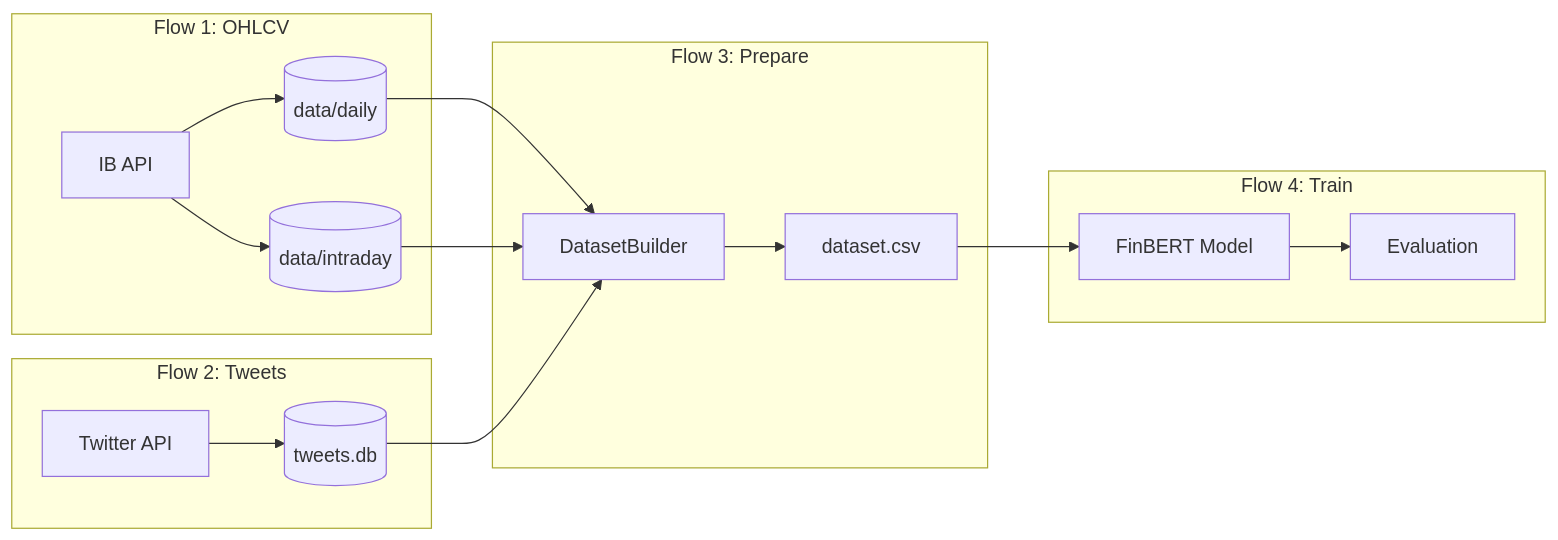
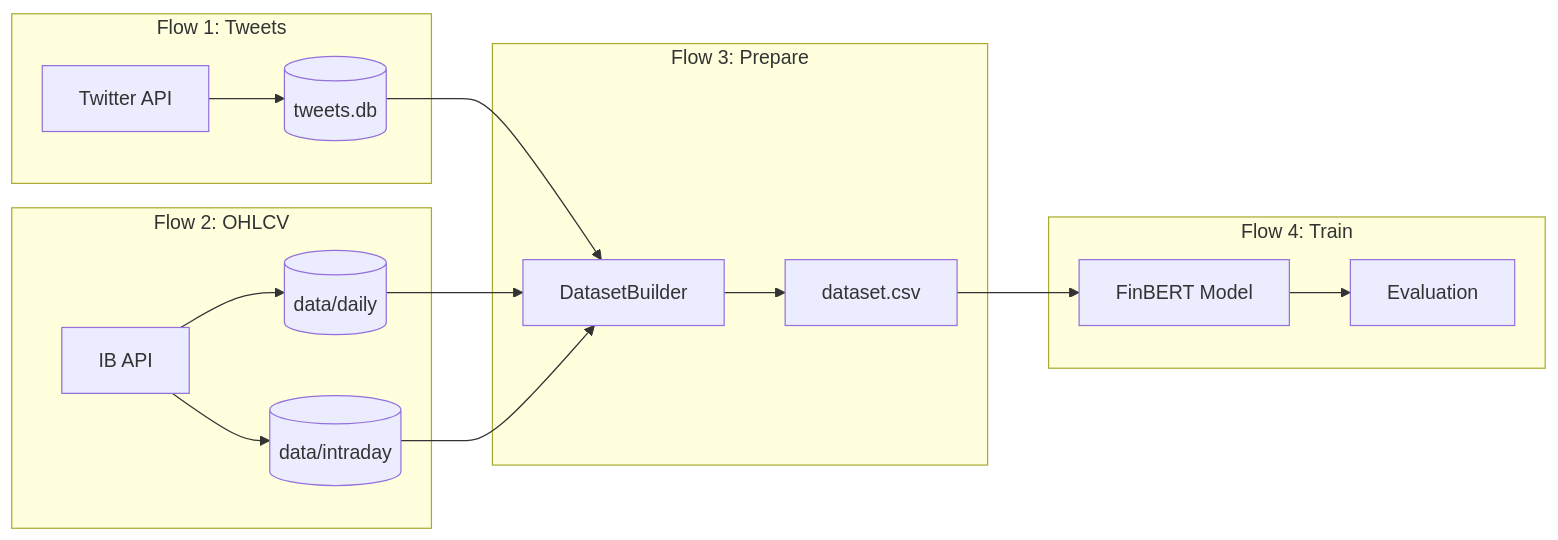
One commit to michaelzus/FinTweet-ML changed the first of 2 diagrams in README.md. Above: the diagram before and after it, drawn with Mermaid. The commit also changed other lines of this file and 2 other files, not shown here.

Commit message:
docs: Update README and architecture documentation to reflect flow reorganization
- Revised the README.md to update the flow descriptions, swapping the order of the OHLCV and Tweet collection flows for clarity.
- Enhanced the architecture documentation to align with the new flow structure, ensuring accurate representation of the FinTweet-ML pipeline.
- Adjusted CLI command examples to match the updated flow numbering, improving user guidance and consistency across documentation.

````diff
--- a/README.md
+++ b/README.md
@@ -39,23 +39,23 @@
 ```mermaid
 flowchart LR
-    subgraph Flow1[Flow 1: OHLCV]
+    subgraph Flow1[Flow 1: Tweets]
+        Twitter[Twitter API] --> TweetDB[(tweets.db)]
+    end
+    
+    subgraph Flow2[Flow 2: OHLCV]
         IB[IB API] --> DailyCache[(data/daily)]
         IB --> IntradayCache[(data/intraday)]
     end
     
-    subgraph Flow2[Flow 2: Tweets]
-        Twitter[Twitter API] --> TweetDB[(tweets.db)]
-    end
-    
     subgraph Flow3[Flow 3: Prepare]
-        DailyCache --> Builder[DatasetBuilder]
+        TweetDB --> Builder[DatasetBuilder]
+        DailyCache --> Builder
         IntradayCache --> Builder
-        TweetDB --> Builder
         Builder --> Dataset[dataset.csv]
     end
     
     subgraph Flow4[Flow 4: Train]
         Dataset --> Model[FinBERT Model]
         Model --> Eval[Evaluation]
     end
 ```
````
